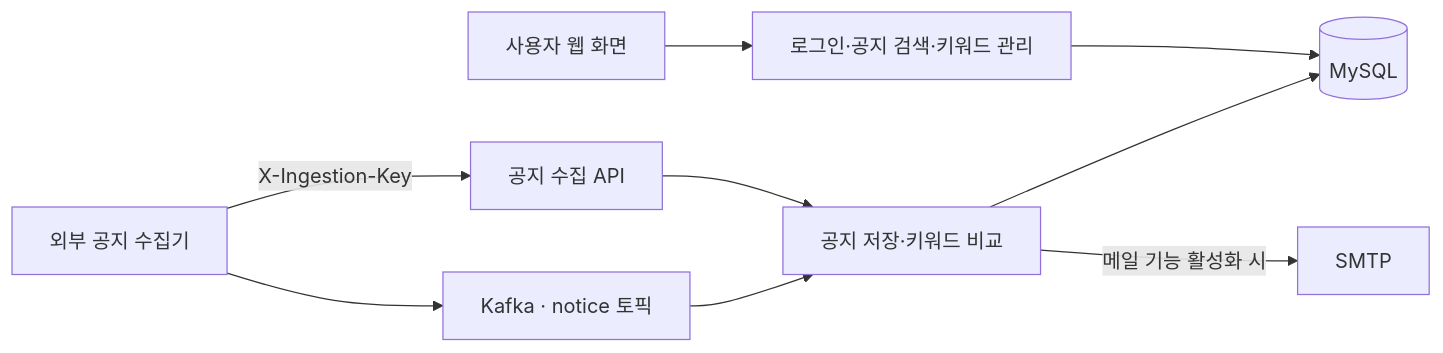
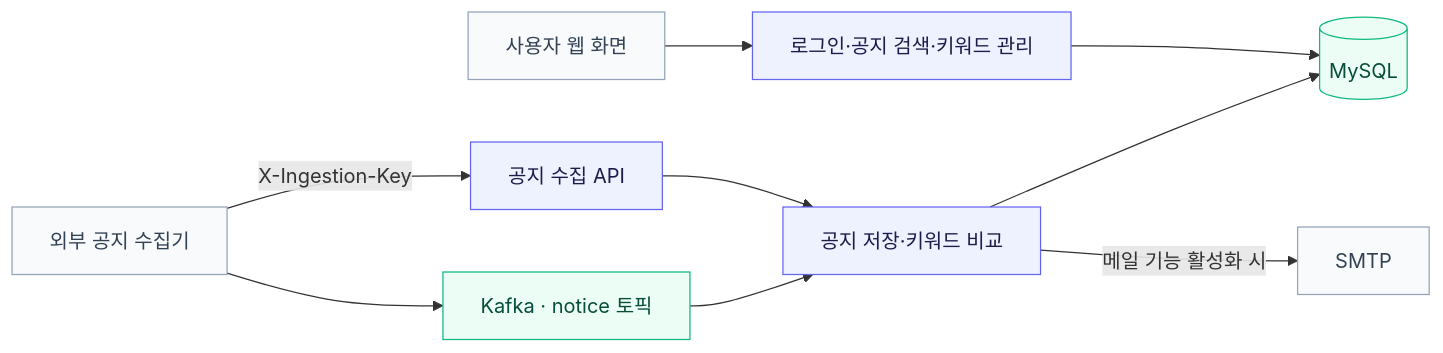
One commit to leedidc/univ_notice-BE changed the diagram in README.md. Above: the diagram before and after it, drawn with Mermaid. The commit also changed other lines of this file, not shown here.

Commit message:
Document project architecture and concrete implementation improvements

````diff
--- a/README.md
+++ b/README.md
@@ -11,11 +13,17 @@
 ```mermaid
 flowchart LR
     A[외부 공지 수집기] --> B[Kafka · notice 토픽]
     A -->|X-Ingestion-Key| C[공지 수집 API]
     B --> D[공지 저장·키워드 비교]
     C --> D
     D --> E[(MySQL)]
     D -->|메일 기능 활성화 시| F[SMTP]
     G[사용자 웹 화면] --> H[로그인·공지 검색·키워드 관리]
     H --> E
+    classDef api fill:#eef2ff,stroke:#6366f1,color:#1e1b4b
+    classDef data fill:#ecfdf5,stroke:#10b981,color:#064e3b
+    classDef external fill:#f8fafc,stroke:#94a3b8,color:#334155
+    class C,D,H api
+    class B,E data
+    class A,F,G external
 ```
````
